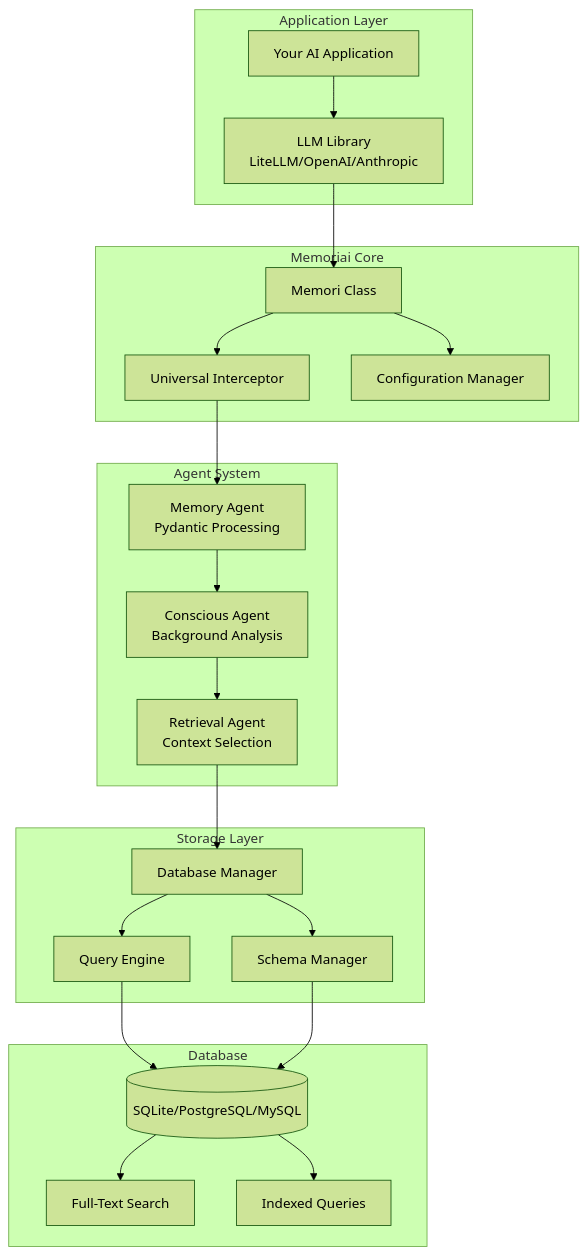
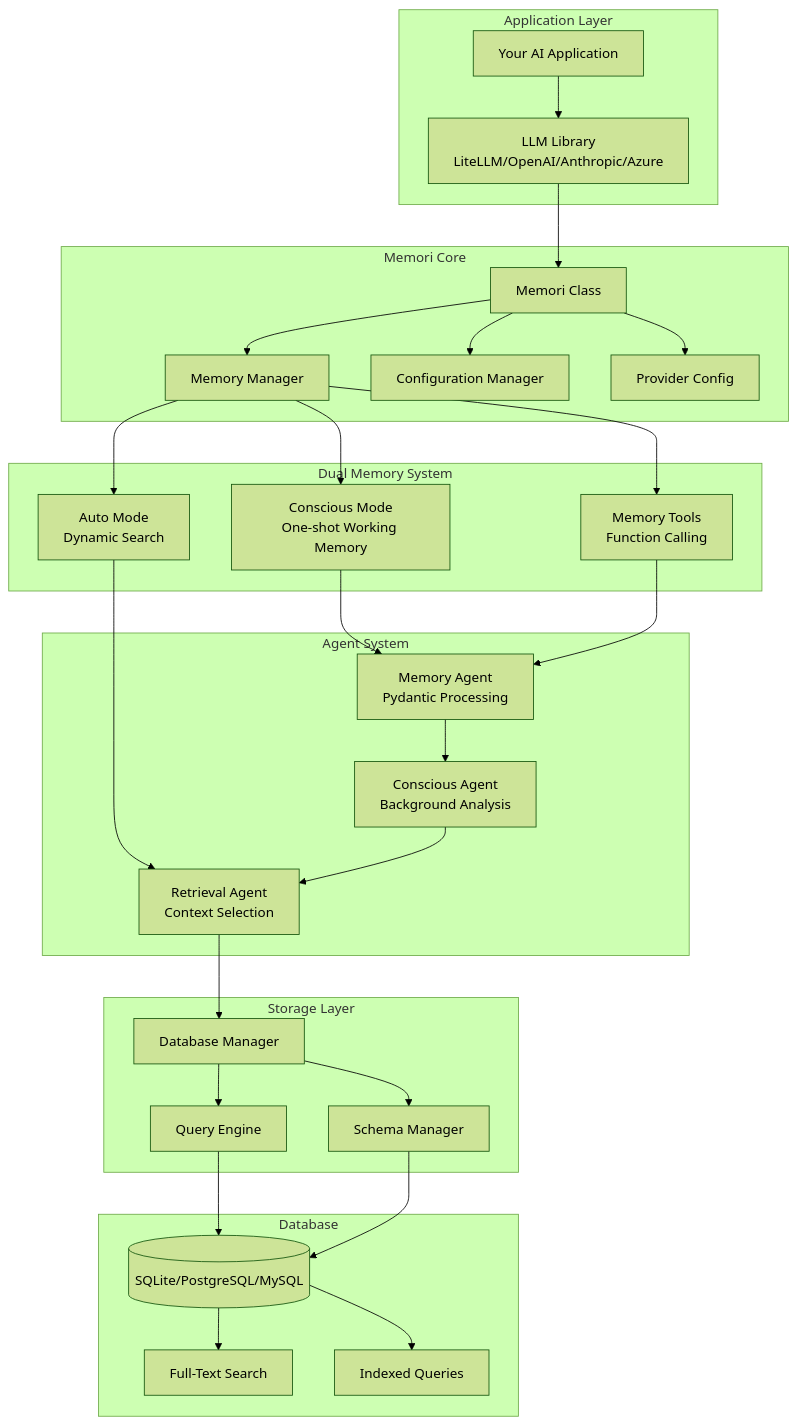
One commit to vishalbelsare/memori changed the first of 5 diagrams in docs/open-source/architecture.md. Above: the diagram before and after it, drawn with Mermaid (forest theme). The commit also changed other lines of this file and 9 other files, not shown here.

````diff
--- a/docs/open-source/architecture.md
+++ b/docs/open-source/architecture.md
@@ -7,46 +7,59 @@
 ```mermaid
 graph TB
     subgraph "Application Layer"
         A[Your AI Application]
-        B[LLM Library<br/>LiteLLM/OpenAI/Anthropic]
+        B[LLM Library<br/>LiteLLM/OpenAI/Anthropic/Azure]
     end
     
-    subgraph "Memoriai Core"
+    subgraph "Memori Core"
         C[Memori Class]
-        D[Universal Interceptor]
+        D[Memory Manager]
         E[Configuration Manager]
+        F[Provider Config]
+    end
+    
+    subgraph "Dual Memory System"
+        G[Conscious Mode<br/>One-shot Working Memory]
+        H[Auto Mode<br/>Dynamic Search]
+        I[Memory Tools<br/>Function Calling]
     end
     
     subgraph "Agent System"
-        F[Memory Agent<br/>Pydantic Processing]
-        G[Conscious Agent<br/>Background Analysis]
-        H[Retrieval Agent<br/>Context Selection]
+        J[Memory Agent<br/>Pydantic Processing]
+        K[Conscious Agent<br/>Background Analysis]
+        L[Retrieval Agent<br/>Context Selection]
     end
     
     subgraph "Storage Layer"
-        I[Database Manager]
-        J[Query Engine]
-        K[Schema Manager]
+        M[Database Manager]
+        N[Query Engine]
+        O[Schema Manager]
     end
     
     subgraph "Database"
-        L[(SQLite/PostgreSQL/MySQL)]
-        M[Full-Text Search]
-        N[Indexed Queries]
+        P[(SQLite/PostgreSQL/MySQL)]
+        Q[Full-Text Search]
+        R[Indexed Queries]
     end
     
     A --> B
     B --> C
     C --> D
     C --> E
-    D --> F
-    F --> G
-    G --> H
-    H --> I
+    C --> F
+    D --> G
+    D --> H
+    D --> I
+    G --> J
+    H --> L
     I --> J
-    I --> K
-    J --> L
+    J --> K
     K --> L
     L --> M
-    L --> N
+    M --> N
+    M --> O
+    N --> P
+    O --> P
+    P --> Q
+    P --> R
 ```
````
